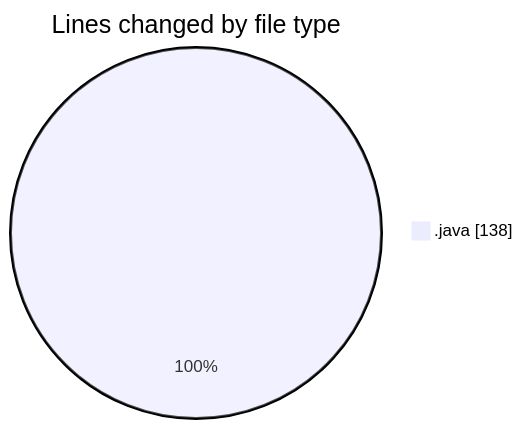
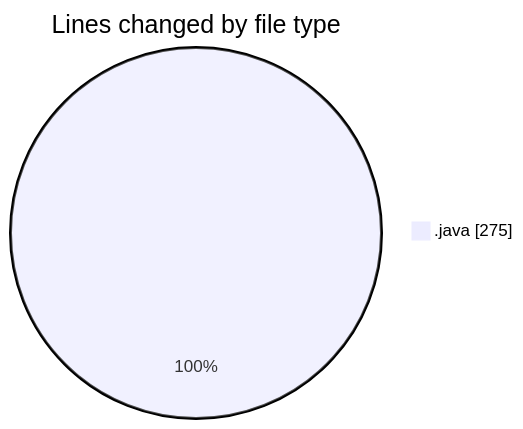
One commit to ricardozamudiocil/code-tracking changed the first of 2 diagrams in 2026-03-01/cilwebcustomercomunication/README.md. Above: the diagram before and after it, drawn with Mermaid. The commit also changed other lines of this file and 1 other file, not shown here.

````diff
--- a/2026-03-01/cilwebcustomercomunication/README.md
+++ b/2026-03-01/cilwebcustomercomunication/README.md
@@ -20,5 +21,5 @@
 ```mermaid
 pie showData
 title Lines changed by file type
-".java" : 138
+".java" : 275
 ```
````
